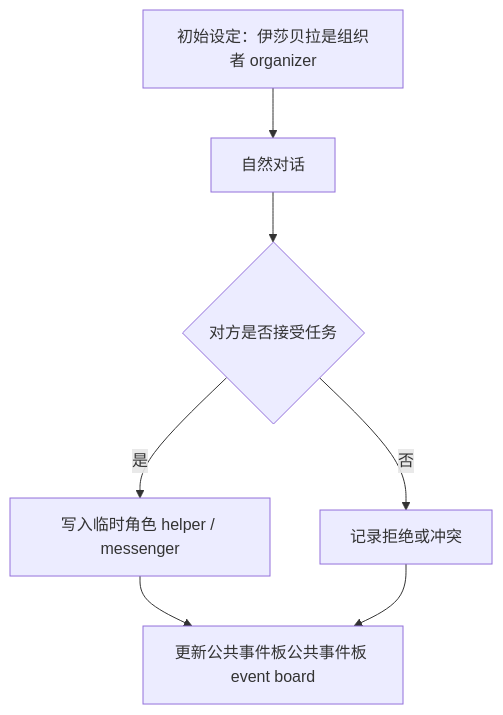
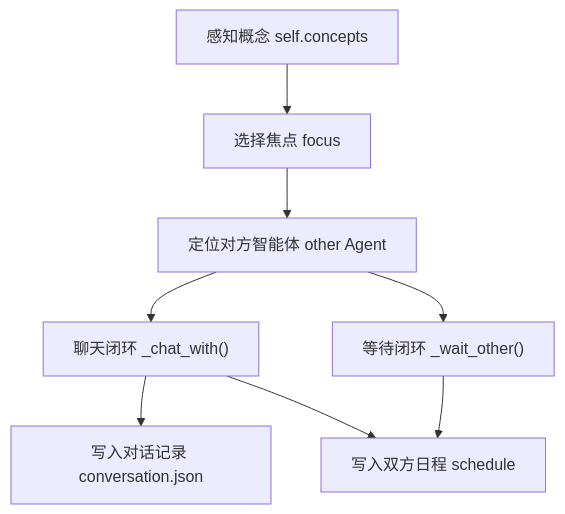
One commit to tbkken/GenerativeAgentsCN changed the second of 3 diagrams in docs/book/manuscript/part_05/chapter_35.md. Above: the diagram before and after it, drawn with Mermaid. The commit also changed other lines of this file and 18 other files, not shown here.

````diff
--- a/docs/book/manuscript/part_05/chapter_35.md
+++ b/docs/book/manuscript/part_05/chapter_35.md
@@ -345,9 +59,10 @@
 ```mermaid
 flowchart TD
-    Setting["初始设定：伊莎贝拉是组织者 organizer"] --> Dialogue["自然对话"]
-    Dialogue --> Accept{"对方是否接受任务"}
-    Accept -->|是| Role["写入临时角色 helper / messenger"]
-    Accept -->|否| Conflict["记录拒绝或冲突"]
-    Role --> Board["更新公共事件板公共事件板 event board"]
-    Conflict --> Board
+    C["感知概念 self.concepts"] --> F["选择焦点 focus"]
+    F --> O["定位对方智能体 other Agent"]
+    O --> Chat["聊天闭环 _chat_with()"]
+    O --> Wait["等待闭环 _wait_other()"]
+    Chat --> Conv["写入对话记录 conversation.json"]
+    Chat --> Sched["写入双方日程 schedule"]
+    Wait --> Sched
 ```
````
